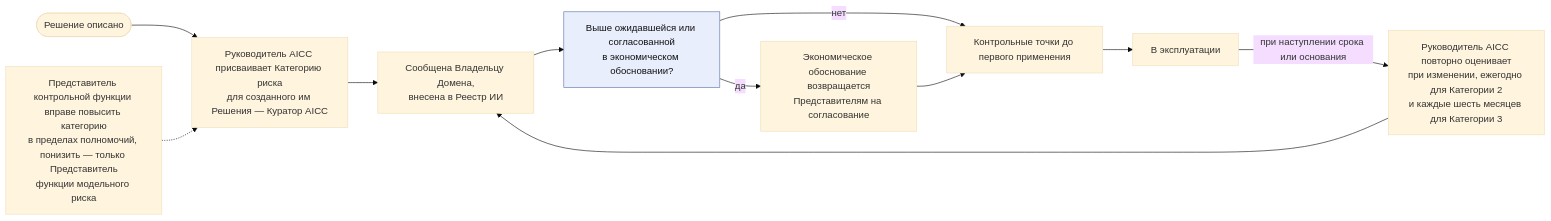
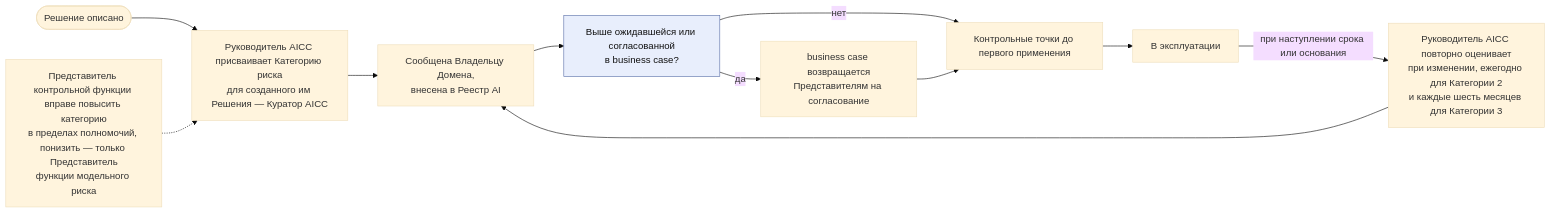
The first of 3 diagrams in charter/ru/workflows/ai-risk-control.md (devhogu/ob-aicc), drawn with Mermaid (base theme) before and after one commit. The commit also changed other lines of this file and 768 other files, not shown here.

````diff
--- a/charter/ru/workflows/ai-risk-control.md
+++ b/charter/ru/workflows/ai-risk-control.md
@@ -21,15 +21,15 @@
 ```mermaid
 flowchart LR
   DEF(["Решение описано"]) --> AS["Руководитель AICC присваивает Категорию риска<br/>для созданного им Решения — Куратор AICC"]
-  AS --> TELL["Сообщена Владельцу Домена,<br/>внесена в Реестр ИИ"]
-  TELL --> CASE["Выше ожидавшейся или согласованной<br/>в экономическом обосновании?"]
-  CASE -->|"да"| RET["Экономическое обоснование возвращается<br/>Представителям на согласование"]
+  AS --> TELL["Сообщена Владельцу Домена,<br/>внесена в Реестр AI"]
+  TELL --> CASE["Выше ожидавшейся или согласованной<br/>в business case?"]
+  CASE -->|"да"| RET["business case возвращается<br/>Представителям на согласование"]
   CASE -->|"нет"| GATES["Контрольные точки до первого применения"]
   RET --> GATES
   GATES --> LIVE["В эксплуатации"]
   LIVE -->|"при наступлении срока или основания"| RE["Руководитель AICC повторно оценивает<br/>при изменении, ежегодно для Категории 2<br/>и каждые шесть месяцев для Категории 3"]
   RE --> TELL
   CF["Представитель контрольной функции вправе повысить категорию<br/>в пределах полномочий, понизить — только Представитель<br/>функции модельного риска"] -.-> AS
   classDef gate fill:#e8eefc,stroke:#5a6fa8,color:#111
   class CASE gate
 ```
````
